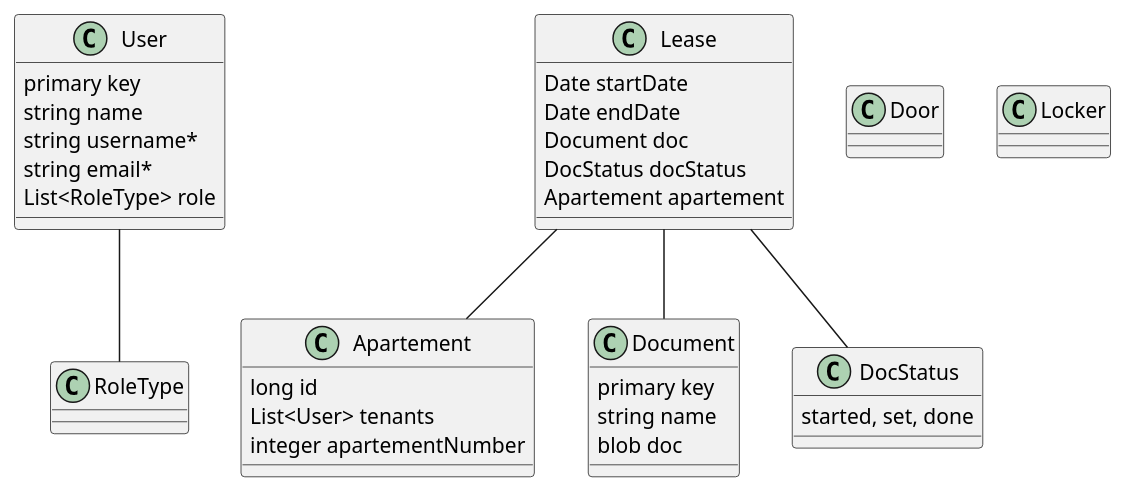
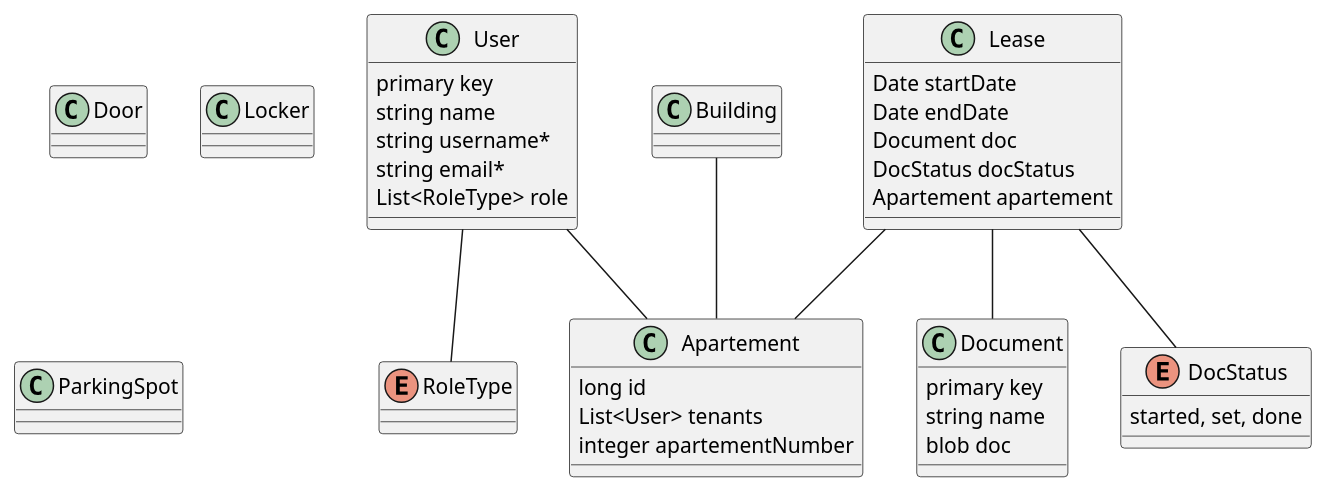
Before and after one commit to seancampbell3161/DSD-app: the diagram in super_backend/model.puml, drawn with PlantUML.

Commit message:
in between save

```diff
--- a/super_backend/model.puml
+++ b/super_backend/model.puml
@@ -1,55 +1,60 @@
 @startuml
 class User{
 primary key
 string name
 string username*
 string email*
 List<RoleType> role
 }
 
 class Apartement {
 long id
 List<User> tenants
 integer apartementNumber
 }
 
-class RoleType{
+enum RoleType{
 }
 
 class Document {
 primary key
 string name
 blob doc
 }
 
 class Lease {
 Date startDate
 Date endDate
 Document doc
 DocStatus docStatus
 Apartement apartement
 }
 
-class DocStatus {
+enum DocStatus {
 started, set, done
 }
 
-
-
+class Building {
+}
 
 class Door{
 }
 
 class Locker{
 }
 
+class ParkingSpot {
+}
+
 User -- RoleType
 
 Lease -- DocStatus
 Lease -- Document
 Lease -- Apartement
+User -- Apartement
+Building -- Apartement
 
 
 
 
 @enduml
```
